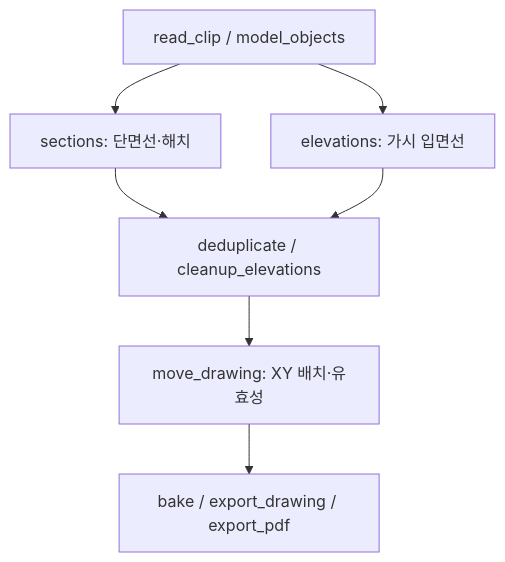
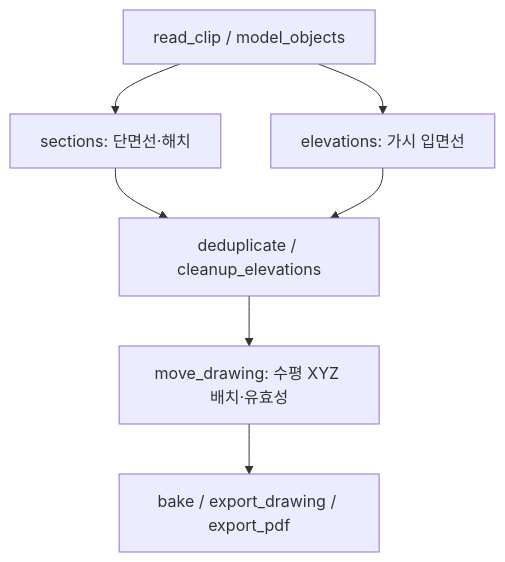
One commit to hongikkaan/almond-mcp changed the diagram in src/mcp/features/modeling/PlanSection/SPEC.md. Above: the diagram before and after it, drawn with Mermaid. The commit also changed other lines of this file and 5 other files, not shown here.

Commit message:
[Plan/Section] Preserve XYZ drawing placement

````diff
--- a/src/mcp/features/modeling/PlanSection/SPEC.md
+++ b/src/mcp/features/modeling/PlanSection/SPEC.md
@@ -35,9 +35,9 @@
 ```mermaid
 flowchart TD
     A["read_clip / model_objects"] --> B["sections: 단면선·해치"]
     A --> C["elevations: 가시 입면선"]
     B --> D["deduplicate / cleanup_elevations"]
     C --> D
-    D --> E["move_drawing: XY 배치·유효성"]
+    D --> E["move_drawing: 수평 XYZ 배치·유효성"]
     E --> F["bake / export_drawing / export_pdf"]
 ```
````
